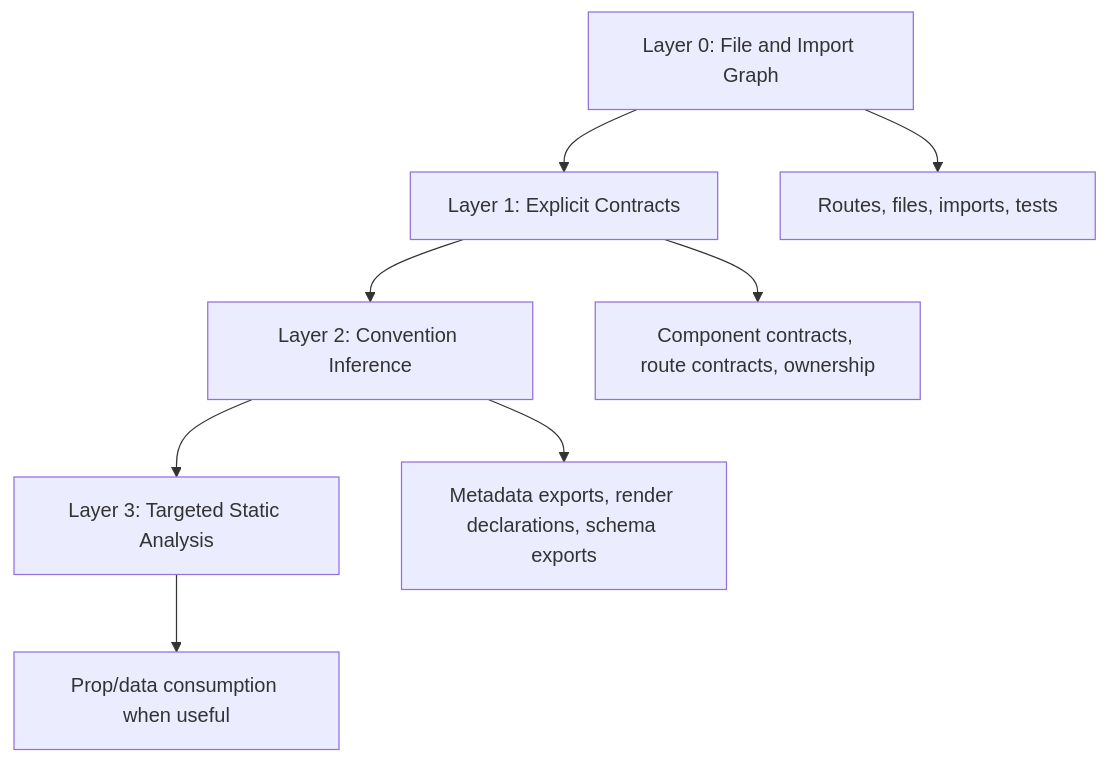
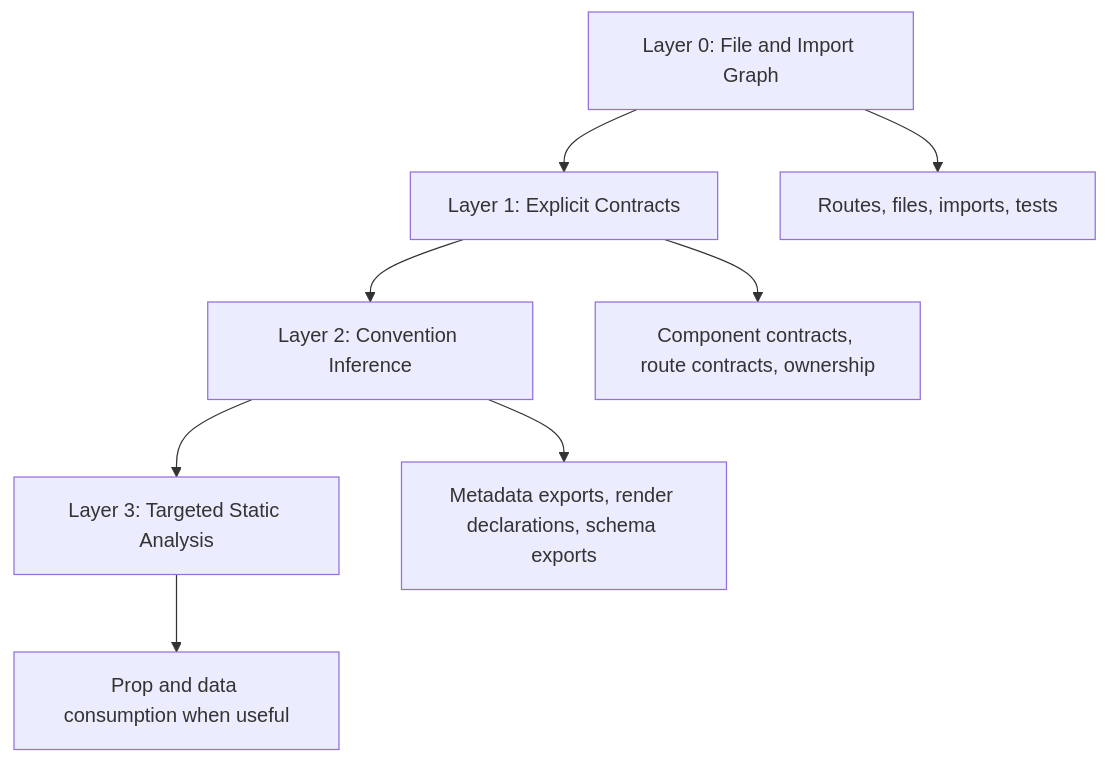
One commit to byronwade/NeedleStart changed the eighth of 10 diagrams in docs/app-graph-visual.md. Above: the diagram before and after it, drawn with Mermaid. The commit also changed other lines of this file, not shown here.

Commit message:
docs: harden Mermaid app graph diagrams

````diff
--- a/docs/app-graph-visual.md
+++ b/docs/app-graph-visual.md
@@ -292,21 +292,21 @@
 ```mermaid
 flowchart TB
   L0[Layer 0: File and Import Graph]
   L1[Layer 1: Explicit Contracts]
   L2[Layer 2: Convention Inference]
   L3[Layer 3: Targeted Static Analysis]
 
   L0 --> L1
   L1 --> L2
   L2 --> L3
 
   L0a[Routes, files, imports, tests]
   L1a[Component contracts, route contracts, ownership]
   L2a[Metadata exports, render declarations, schema exports]
-  L3a[Prop/data consumption when useful]
+  L3a[Prop and data consumption when useful]
 
   L0 --> L0a
   L1 --> L1a
   L2 --> L2a
   L3 --> L3a
 ```
````
